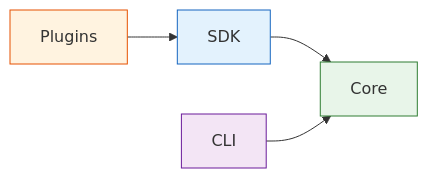
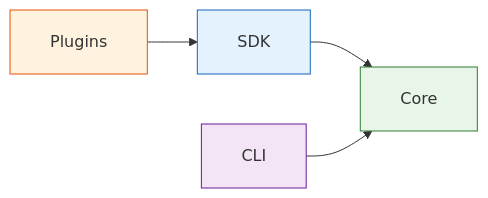
Before and after one commit to josephquigley/piqley-cli: the first of 2 diagrams in docs/architecture/overview.md, drawn with Mermaid.

Commit message:
fix: add mermaid config for wider node rendering

````diff
--- a/docs/architecture/overview.md
+++ b/docs/architecture/overview.md
@@ -7,11 +7,17 @@
 ```mermaid
+---
+config:
+  flowchart:
+    padding: 20
+    wrappingWidth: 200
+---
 graph LR
   Plugins["Plugins"] --> SDK["SDK"]
   SDK --> Core["Core"]
   CLI["CLI"] --> Core
 
   style Plugins fill:#fff3e0,stroke:#e65100
   style SDK fill:#e3f2fd,stroke:#1565c0
   style Core fill:#e8f5e9,stroke:#2e7d32
   style CLI fill:#f3e5f5,stroke:#6a1b9a
 ```
````
